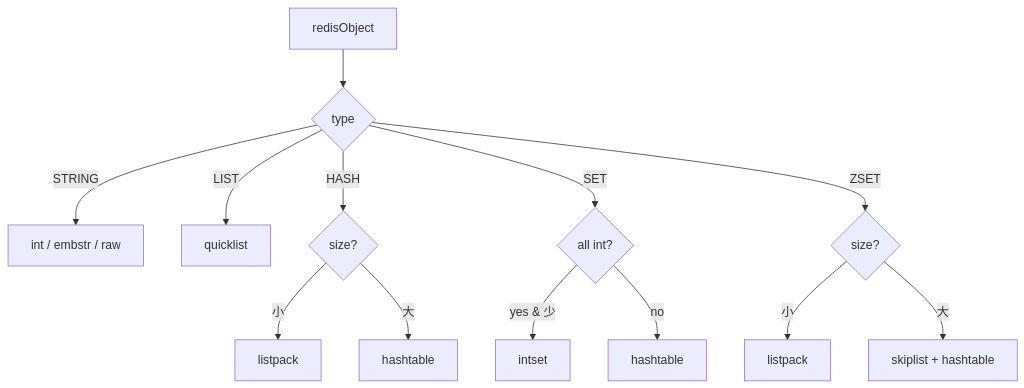
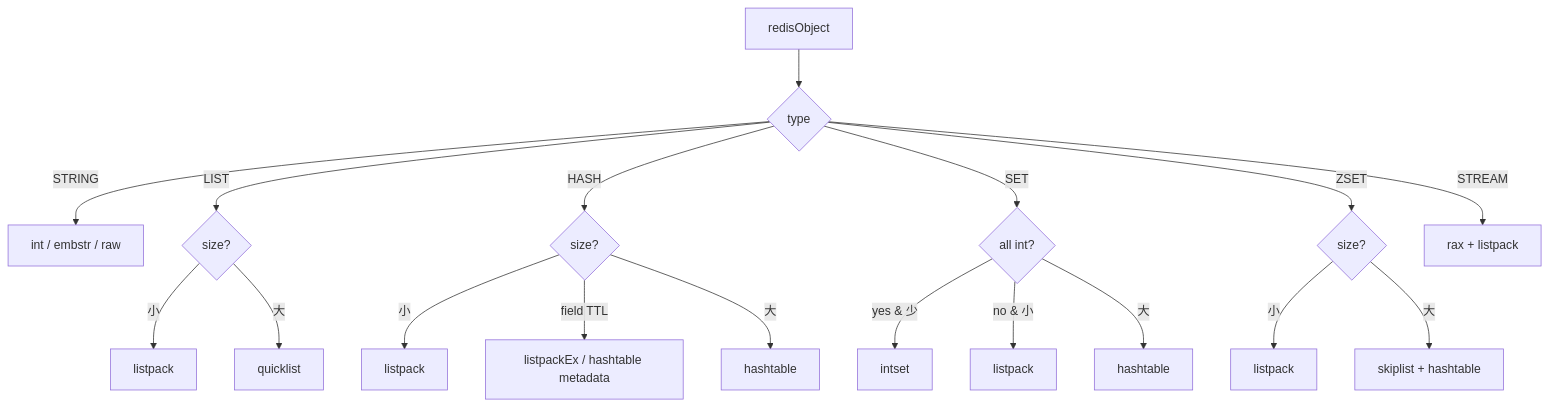
Before and after one commit to buvidk1234/buvidk1234.github.io: the first of 3 diagrams in content/posts/redis-datastructure.md, drawn with Mermaid. The commit also changed other lines of this file, not shown here.

````diff
--- a/content/posts/redis-datastructure.md
+++ b/content/posts/redis-datastructure.md
@@ -19,15 +23,20 @@
 ```mermaid
 graph TD
     A[redisObject] --> B{type}
     B -->|STRING| C[int / embstr / raw]
-    B -->|LIST| D[quicklist]
+    B -->|LIST| D{size?}
     B -->|HASH| E{size?}
     B -->|SET| F{all int?}
     B -->|ZSET| G{size?}
+    B -->|STREAM| S[rax + listpack]
+    D -->|小| DL[listpack]
+    D -->|大| DQ[quicklist]
     E -->|小| H[listpack]
+    E -->|field TTL| HX[listpackEx / hashtable metadata]
     E -->|大| I[hashtable]
     F -->|yes & 少| J[intset]
-    F -->|no| K[hashtable]
+    F -->|no & 小| K[listpack]
+    F -->|大| FH[hashtable]
     G -->|小| L[listpack]
     G -->|大| M[skiplist + hashtable]
 ```
````
